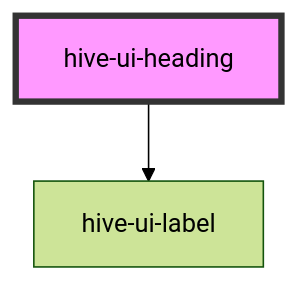
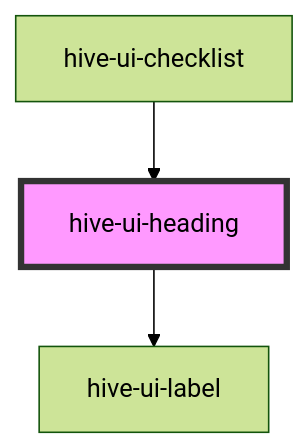
One commit to TeamMaestro/app-starter changed the diagram in libs/ui/src/components/typography/heading/readme.md. Above: the diagram before and after it, drawn with Mermaid (forest theme). The commit also changed other lines of this file and 57 other files, not shown here.

````diff
--- a/libs/ui/src/components/typography/heading/readme.md
+++ b/libs/ui/src/components/typography/heading/readme.md
@@ -39,5 +43,6 @@
 ```mermaid
 graph TD;
   hive-ui-heading --> hive-ui-label
+  hive-ui-checklist --> hive-ui-heading
   style hive-ui-heading fill:#f9f,stroke:#333,stroke-width:4px
 ```
````
